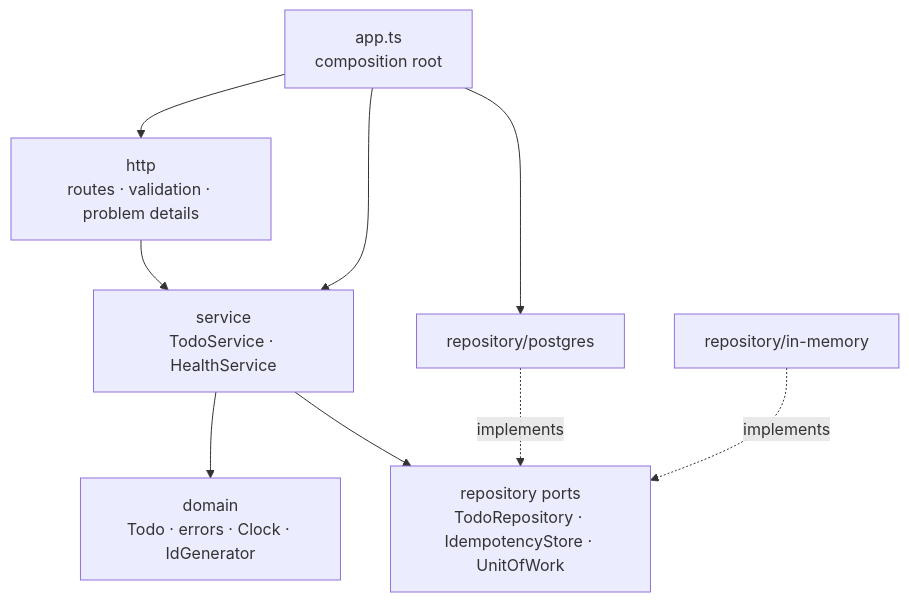
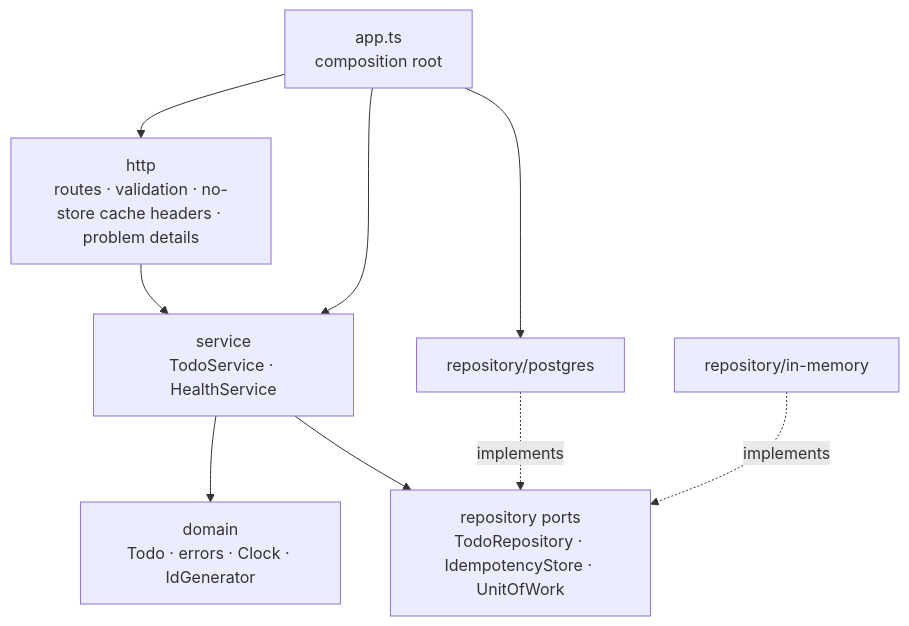
The third of 6 diagrams in docs/architecture.md (charlesmalo/FociToDo), drawn with Mermaid before and after one commit. The commit also changed 25 other files, not shown here.

First line of the commit message:
docs(diagrams): match the wireframes and diagrams to the current UI and API

````diff
--- a/docs/architecture.md
+++ b/docs/architecture.md
@@ -55,9 +55,9 @@
 ```mermaid
 flowchart TB
-  http[http<br/>routes · validation · problem details] --> service[service<br/>TodoService · HealthService]
+  http[http<br/>routes · validation · no-store cache headers · problem details] --> service[service<br/>TodoService · HealthService]
   service --> domain[domain<br/>Todo · errors · Clock · IdGenerator]
   service --> ports[repository ports<br/>TodoRepository · IdempotencyStore · UnitOfWork]
   pg[repository/postgres] -. implements .-> ports
   mem[repository/in-memory] -. implements .-> ports
   app[app.ts<br/>composition root] --> http & service & pg
 ```
````
